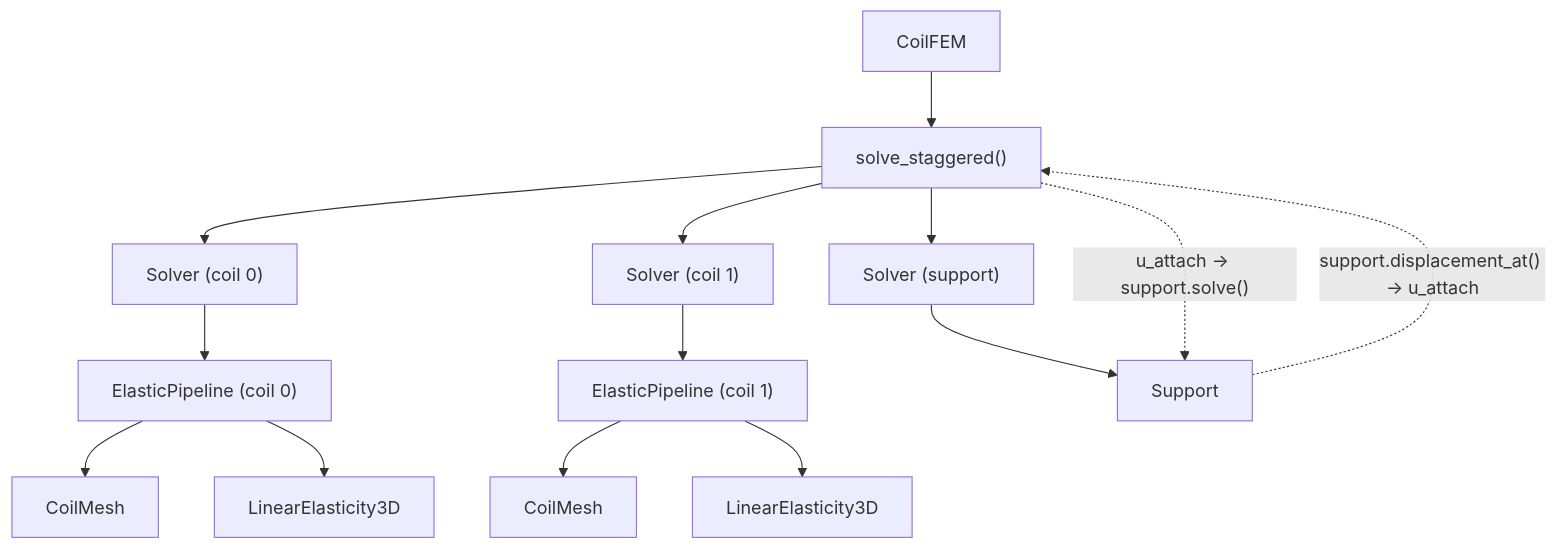
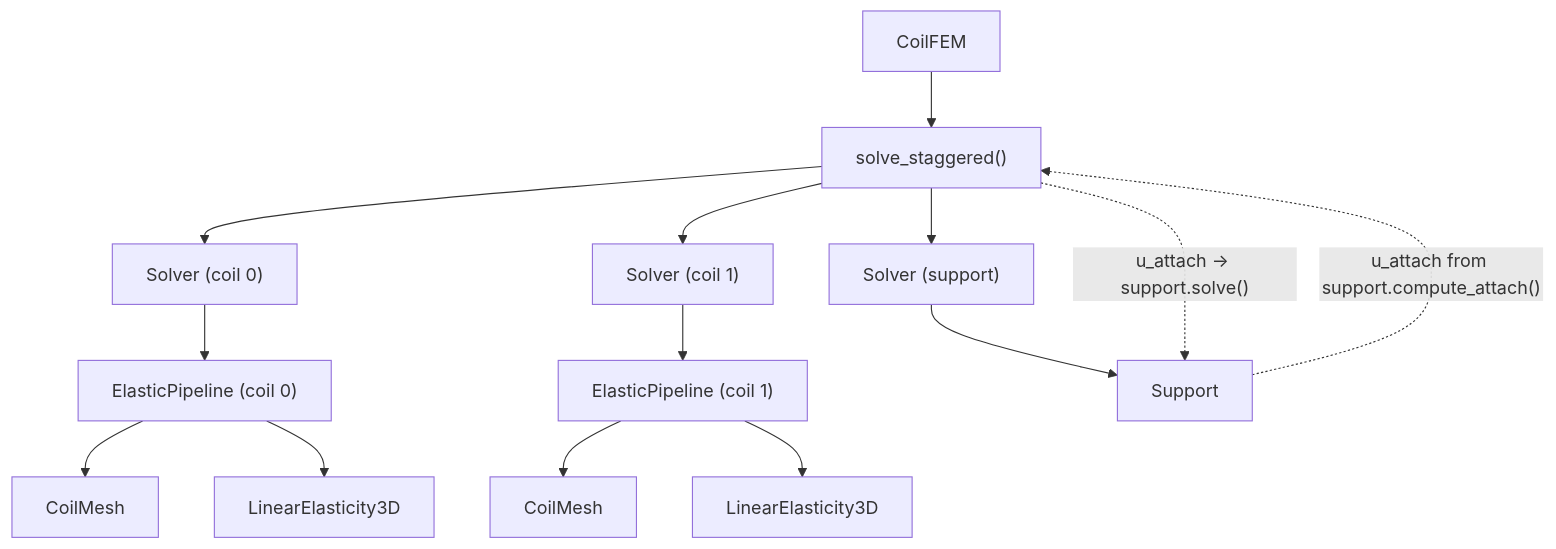
The second of 2 diagrams in docs/developers/support_structure.rst (lankef/coil-fem), drawn with Mermaid before and after one commit. The commit also changed other lines of this file and 29 other files, not shown here.

```diff
--- a/docs/developers/support_structure.rst
+++ b/docs/developers/support_structure.rst
@@ -113,13 +110,13 @@
 .. mermaid::
 
    flowchart TD
        CoilFEM --> Driver["solve_staggered()"]
        Driver --> S1["Solver (coil 0)"] --> P0["ElasticPipeline (coil 0)"]
        Driver --> S2["Solver (coil 1)"] --> P1["ElasticPipeline (coil 1)"]
        Driver --> S3["Solver (support)"] --> Sup[Support]
        P0 --> M0[CoilMesh]
        P0 --> L0[LinearElasticity3D]
        P1 --> M1[CoilMesh]
        P1 --> L1[LinearElasticity3D]
        Driver -.->|"u_attach → support.solve()"| Sup
-       Sup -.->|"support.displacement_at() → u_attach"| Driver
+       Sup -.->|"u_attach from support.compute_attach()"| Driver
```
